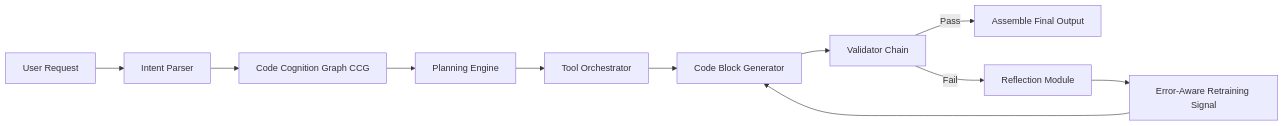
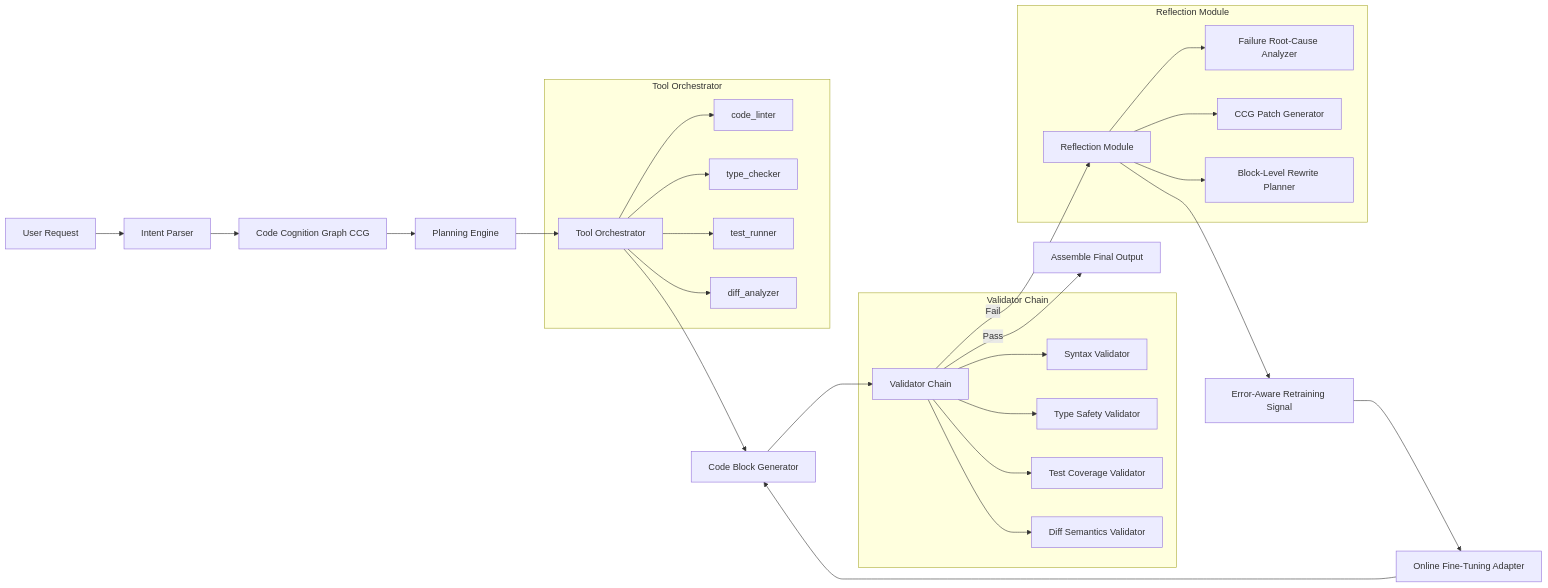
Before and after one commit to liuwei1993/ai-llm-agent-knowledge: the diagram in 15-架构设计模式/claudecode设计思想.md, drawn with Mermaid. The commit also changed other lines of this file and 1 other file, not shown here.

````diff
--- a/15-架构设计模式/claudecode设计思想.md
+++ b/15-架构设计模式/claudecode设计思想.md
@@ -26,13 +27,34 @@
 ```mermaid
 graph LR
 A[User Request] --> B[Intent Parser]
 B --> C[Code Cognition Graph CCG]
 C --> D[Planning Engine]
 D --> E[Tool Orchestrator]
 E --> F[Code Block Generator]
 F --> G[Validator Chain]
 G -->|Pass| H[Assemble Final Output]
 G -->|Fail| I[Reflection Module]
 I --> J[Error-Aware Retraining Signal]
-J --> F
+J --> K[Online Fine-Tuning Adapter]
+K --> F
+
+subgraph Tool Orchestrator
+E --> E1[code_linter]
+E --> E2[type_checker]
+E --> E3[test_runner]
+E --> E4[diff_analyzer]
+end
+
+subgraph Validator Chain
+G --> G1[Syntax Validator]
+G --> G2[Type Safety Validator]
+G --> G3[Test Coverage Validator]
+G --> G4[Diff Semantics Validator]
+end
+
+subgraph Reflection Module
+I --> I1[Failure Root-Cause Analyzer]
+I --> I2[CCG Patch Generator]
+I --> I3[Block-Level Rewrite Planner]
+end
 ```
````
